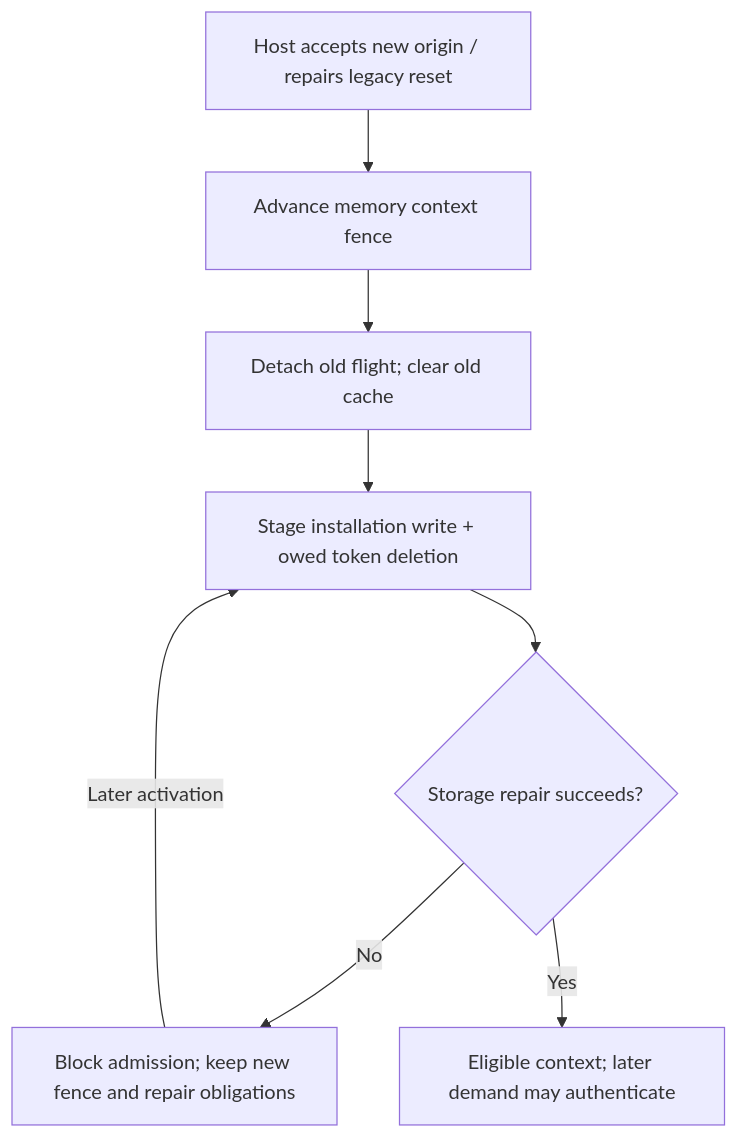
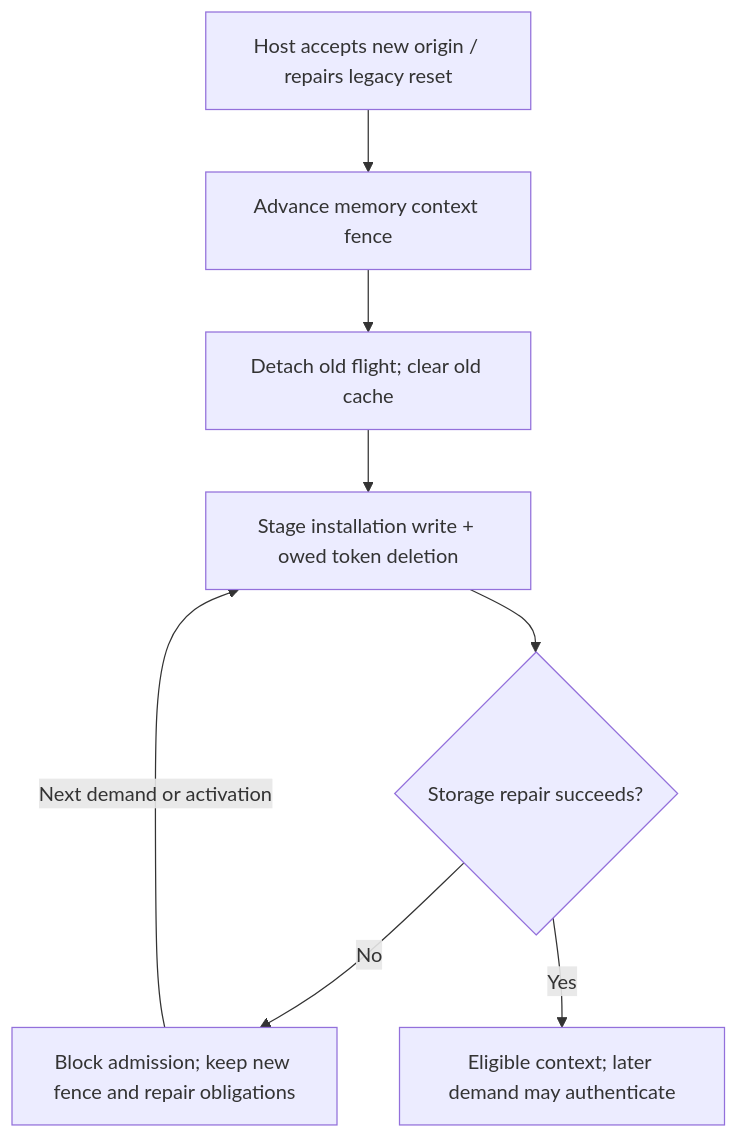
Before and after one commit to novasamatech/nova-wallet-ios: the seventh of 8 diagrams in .claude/docs/architecture/novaauth-client-diagrams.md, drawn with Mermaid. The commit also changed other lines of this file and 2 other files, not shown here.

````diff
--- a/.claude/docs/architecture/novaauth-client-diagrams.md
+++ b/.claude/docs/architecture/novaauth-client-diagrams.md
@@ -249,10 +249,10 @@
 ```mermaid
 flowchart TB
   H["Host accepts new origin / repairs legacy reset"] --> M["Advance memory context fence"]
   M --> F["Detach old flight; clear old cache"]
   F --> P["Stage installation write + owed token deletion"]
   P --> O{"Storage repair succeeds?"}
   O -- "No" --> B["Block admission; keep new fence and repair obligations"]
-  B -- "Later activation" --> P
+  B -- "Next demand or activation" --> P
   O -- "Yes" --> D["Eligible context; later demand may authenticate"]
 ```
````
